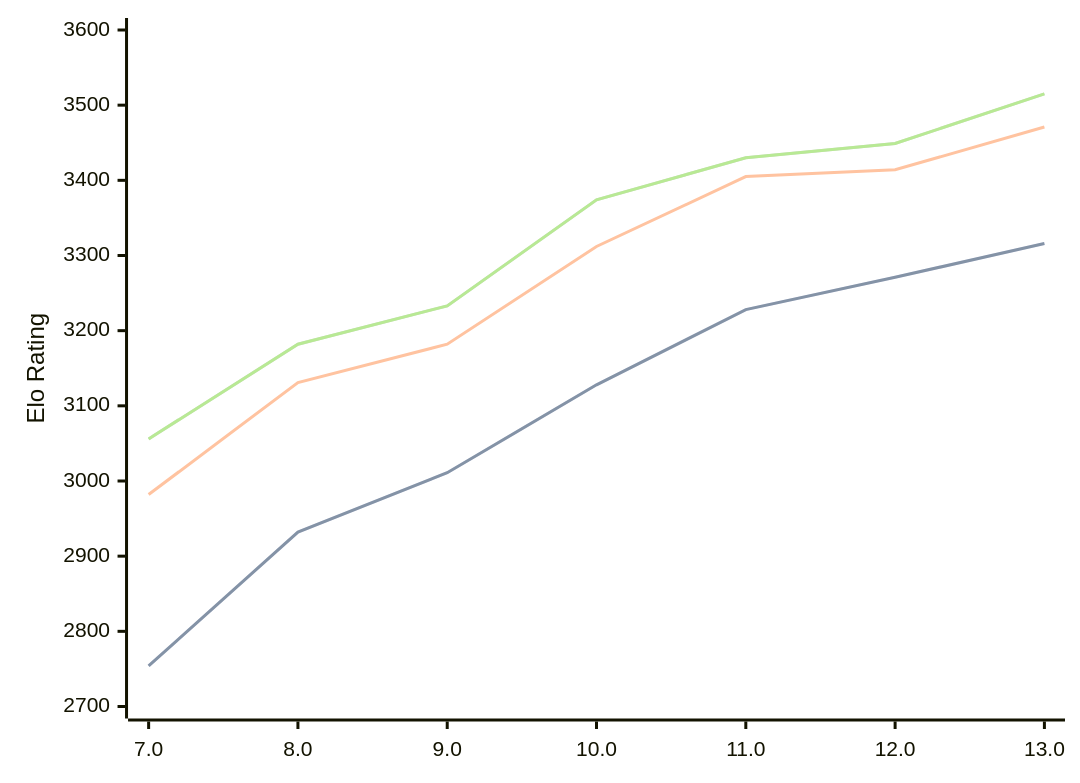
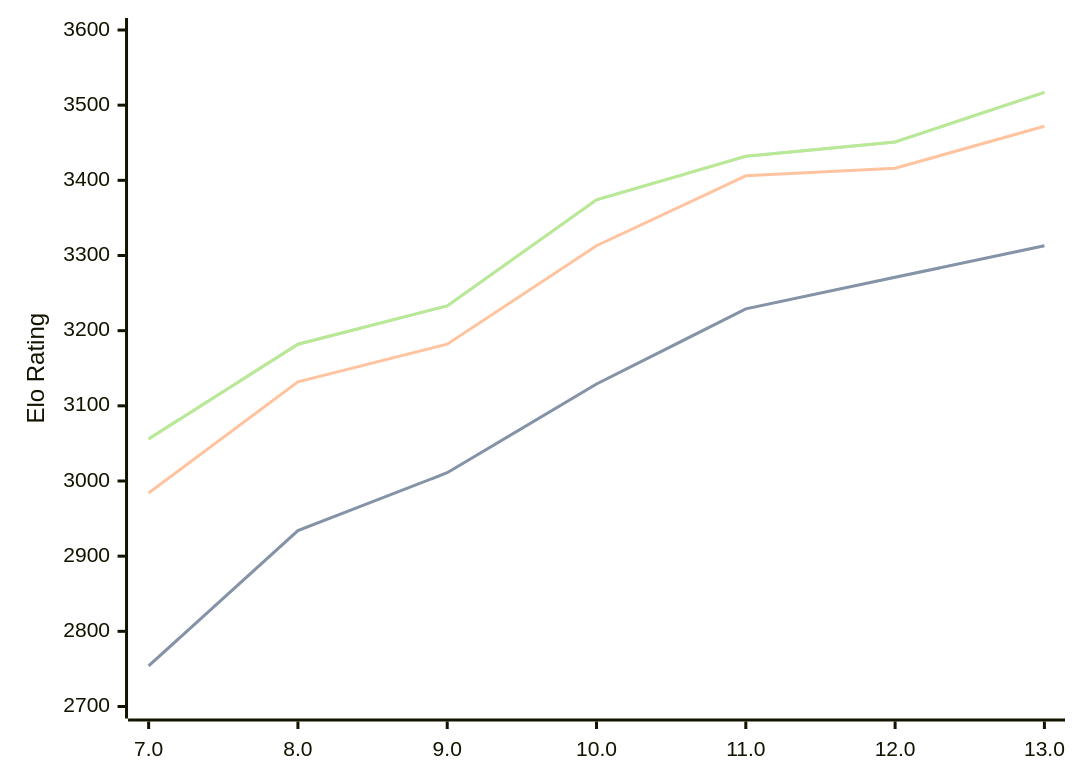
One commit to computer-chess-index/cci changed the diagram in engines/Tcheran.md. Above: the diagram before and after it, drawn with Mermaid. The commit also changed other lines of this file, not shown here.

Commit message:
Update CCI Ratings (ELO VLTC) - 2026-07-24

````diff
--- a/engines/Tcheran.md
+++ b/engines/Tcheran.md
@@ -51,11 +51,11 @@
 ```mermaid
 %%{init: {"theme":"base","themeVariables":{"seriesColors:['#a3a3a3','#222221','#faa371']}}}%%
 xychart-beta
   x-axis ["7.0", "8.0", "9.0", "10.0", "11.0", "12.0", "13.0"]
   y-axis "Elo Rating" 2700 --> 3600
-  line "STC (8.0+0.08s)" [2754, 2932, 3011, 3128, 3228, 3271, 3316]
-  line "STC (8.0+0.08s)" [2754, 2932, 3011, 3128, 3228, 3271, 3316]
-  line "LTC (60.0+0.60s)" [2982, 3131, 3182, 3312, 3405, 3414, 3471]
-  line "VLTC (2m24s+1.12s)" [3056, 3182, 3233, 3374, 3430, 3449, 3515]
-  line "VLTC (2m24s+1.12s)" [3056, 3182, 3233, 3374, 3430, 3449, 3515]
+  line "STC (8.0+0.08s)" [2754, 2934, 3011, 3129, 3229, 3271, 3313]
+  line "STC (8.0+0.08s)" [2754, 2934, 3011, 3129, 3229, 3271, 3313]
+  line "LTC (60.0+0.60s)" [2984, 3132, 3182, 3313, 3406, 3416, 3472]
+  line "VLTC (2m24s+1.12s)" [3056, 3182, 3233, 3374, 3432, 3451, 3517]
+  line "VLTC (2m24s+1.12s)" [3056, 3182, 3233, 3374, 3432, 3451, 3517]
 ```
````
